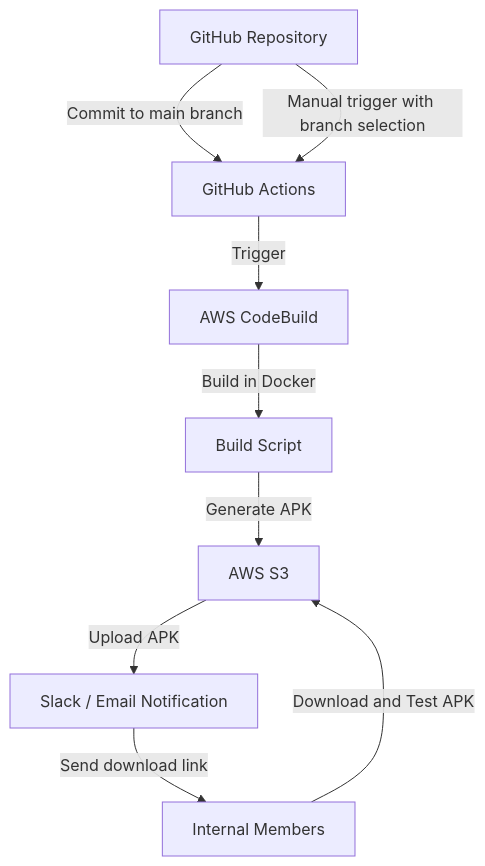
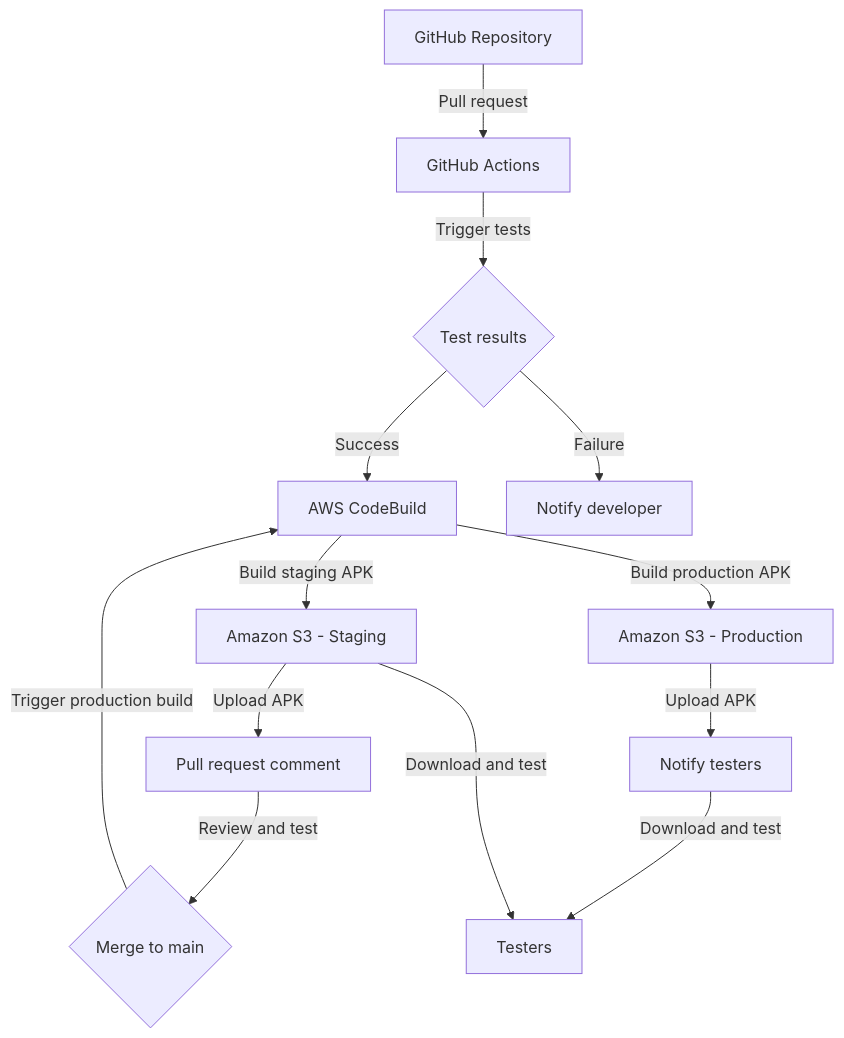
Before and after one commit to hamatz/tech_doc: the first of 4 diagrams in android_build.md, drawn with Mermaid. The commit also changed other lines of this file, not shown here.

````diff
--- a/android_build.md
+++ b/android_build.md
@@ -29,11 +131,15 @@
 ```mermaid
 graph TD;
-    A[GitHub Repository] -->|Commit to main branch| B[GitHub Actions]
-    A -->|Manual trigger with branch selection| B
-    B -->|Trigger| C[AWS CodeBuild]
-    C -->|Build in Docker| D[Build Script]
-    D -->|Generate APK| E[AWS S3]
-    E -->|Upload APK| F[Slack / Email Notification]
-    F -->|Send download link| G[Internal Members]
-    G -->|Download and Test APK| E
+    A[GitHub Repository] -->|Pull request| B[GitHub Actions]
+    B -->|Trigger tests| C{Test results}
+    C -->|Success| D[AWS CodeBuild]
+    C -->|Failure| E[Notify developer]
+    D -->|Build staging APK| F[Amazon S3 - Staging]
+    D -->|Build production APK| G[Amazon S3 - Production]
+    F -->|Upload APK| H[Pull request comment]
+    G -->|Upload APK| I[Notify testers]
+    H -->|Review and test| J{Merge to main}
+    J -->|Trigger production build| D
+    I -->|Download and test| K[Testers]
+    F -->|Download and test| K
 ```
````
